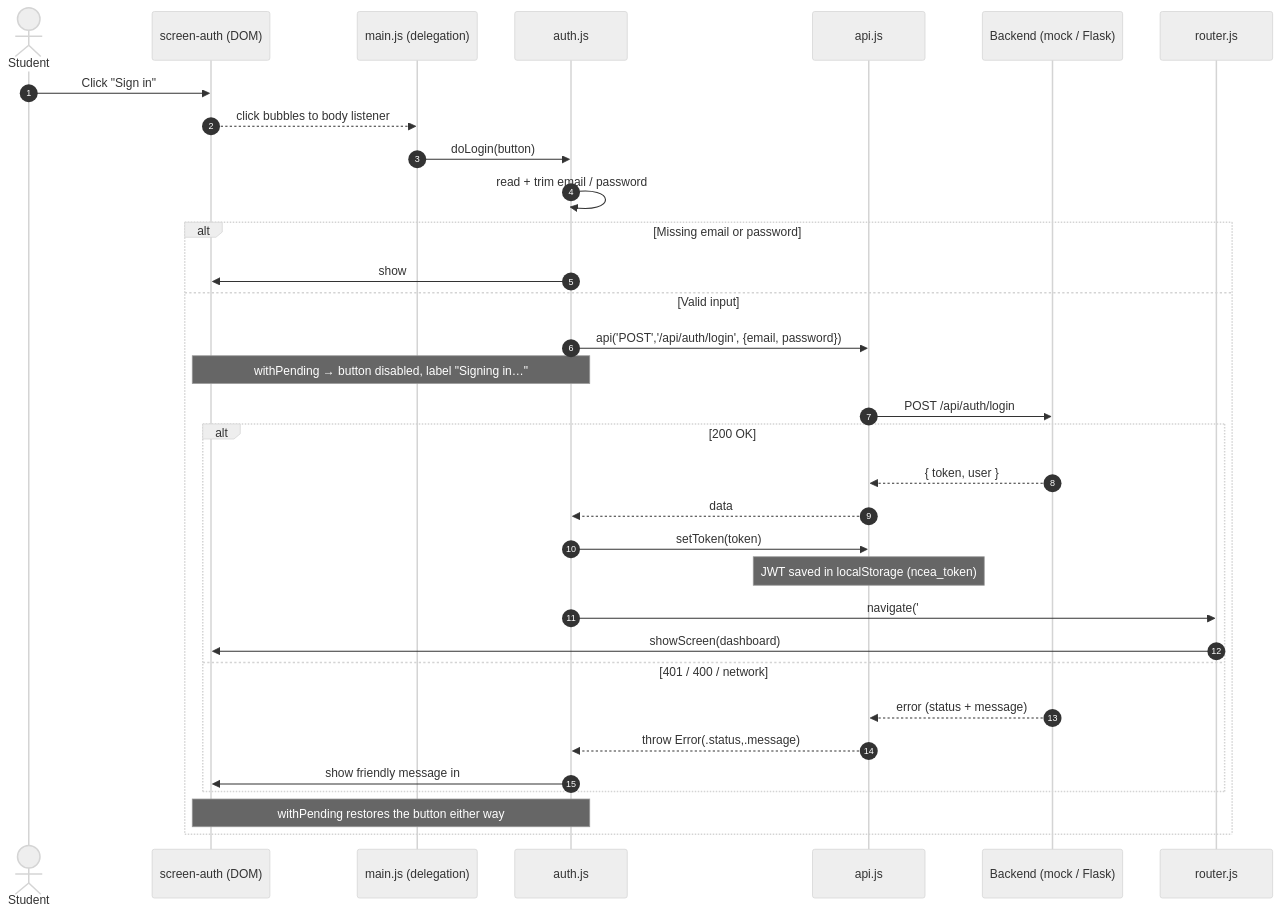
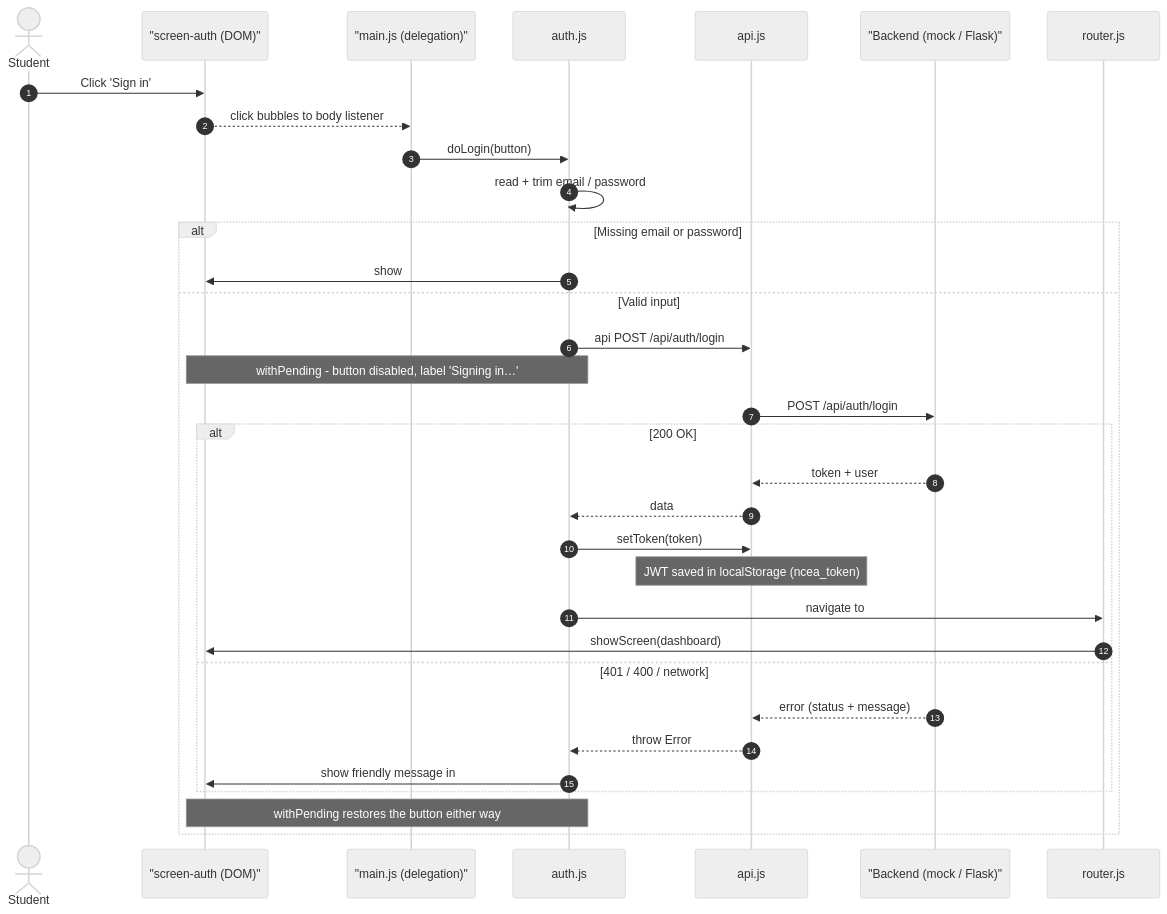
One commit to ngocnxx/digit-yr12-project changed the second of 4 diagrams in docs/design/auth-screen.md. Above: the diagram before and after it, drawn with Mermaid (neutral theme). The commit also changed other lines of this file, not shown here.

Commit message:
feat: auth screen detail design

````diff
--- a/docs/design/auth-screen.md
+++ b/docs/design/auth-screen.md
@@ -88,36 +89,36 @@
 ```mermaid
 sequenceDiagram
     autonumber
     actor U as Student
-    participant H as screen-auth (DOM)
-    participant M as main.js (delegation)
+    participant H as "screen-auth (DOM)"
+    participant M as "main.js (delegation)"
     participant A as auth.js
     participant API as api.js
-    participant BE as Backend (mock / Flask)
+    participant BE as "Backend (mock / Flask)"
     participant R as router.js
 
-    U->>H: Click "Sign in"
+    U->>H: Click 'Sign in'
     H-->>M: click bubbles to body listener
     M->>A: doLogin(button)
     A->>A: read + trim email / password
     alt Missing email or password
-        A->>H: show #login-err — stop
+        A->>H: show #login-err - stop
     else Valid input
-        A->>API: api('POST','/api/auth/login', {email, password})
-        Note over A,H: withPending → button disabled, label "Signing in…"
+        A->>API: api POST /api/auth/login
+        Note over A,H: withPending - button disabled, label 'Signing in…'
         API->>BE: POST /api/auth/login
         alt 200 OK
-            BE-->>API: { token, user }
+            BE-->>API: token + user
             API-->>A: data
             A->>API: setToken(token)
             Note over API: JWT saved in localStorage (ncea_token)
-            A->>R: navigate('#dashboard')
+            A->>R: navigate to #dashboard
             R->>H: showScreen(dashboard)
         else 401 / 400 / network
             BE-->>API: error (status + message)
-            API-->>A: throw Error(.status,.message)
+            API-->>A: throw Error
             A->>H: show friendly message in #login-err
         end
         Note over A,H: withPending restores the button either way
     end
 ```
````
